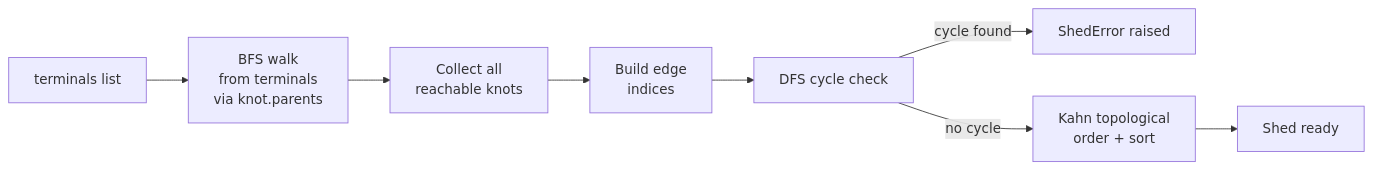
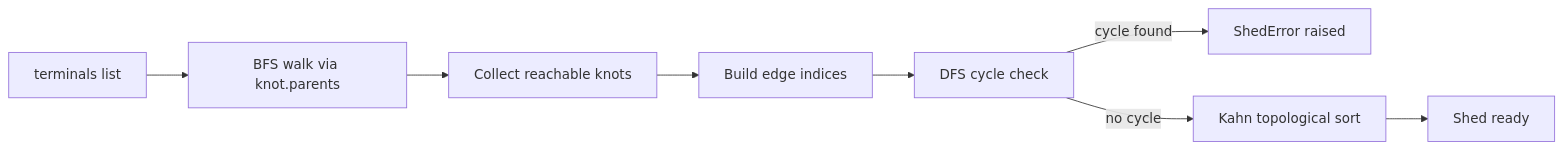
The second of 2 diagrams in docs/architecture/execution-model.md (snoodleboot-io/pirn), drawn with Mermaid before and after one commit. The commit also changed 2 other files, not shown here.

Commit message:
fix: validate all mermaid diagrams with CLI - remove br/ tags, simplify node shapes

````diff
--- a/docs/architecture/execution-model.md
+++ b/docs/architecture/execution-model.md
@@ -206,10 +206,10 @@
 ```mermaid
 flowchart LR
-    A[terminals list] --> B["BFS walk<br/>from terminals<br/>via knot.parents"]
-    B --> C["Collect all<br/>reachable knots"]
-    C --> D["Build edge<br/>indices"]
+    A[terminals list] --> B["BFS walk via knot.parents"]
+    B --> C["Collect reachable knots"]
+    C --> D["Build edge indices"]
     D --> E[DFS cycle check]
     E -->|cycle found| F[ShedError raised]
-    E -->|no cycle| G["Kahn topological<br/>order + sort"]
+    E -->|no cycle| G["Kahn topological sort"]
     G --> H[Shed ready]
 ```
````
